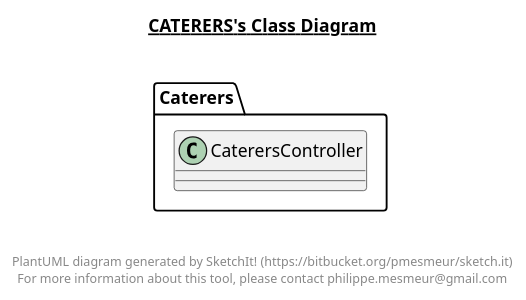
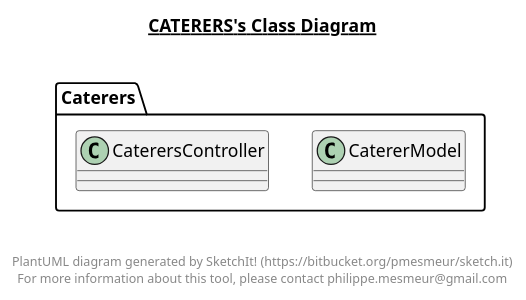
The diagram in out/production/meetingBooking/Caterers/Caterers.plantuml (hegde-atri/meetingBooking), drawn with PlantUML before and after one commit. The commit also changed 30 other files, not shown here.

```diff
--- a/out/production/meetingBooking/Caterers/Caterers.plantuml
+++ b/out/production/meetingBooking/Caterers/Caterers.plantuml
@@ -1,20 +1,26 @@
 @startuml
 
 title __CATERERS's Class Diagram__\n
+
+  namespace Caterers {
+    class Caterers.CatererModel {
+    }
+  }
+  
 
   namespace Caterers {
     class Caterers.CaterersController {
     }
   }
   
 
 
 
 right footer
 
 
 PlantUML diagram generated by SketchIt! (https://bitbucket.org/pmesmeur/sketch.it)
 For more information about this tool, please contact philippe.mesmeur@gmail.com
 endfooter
 
 @enduml
```
